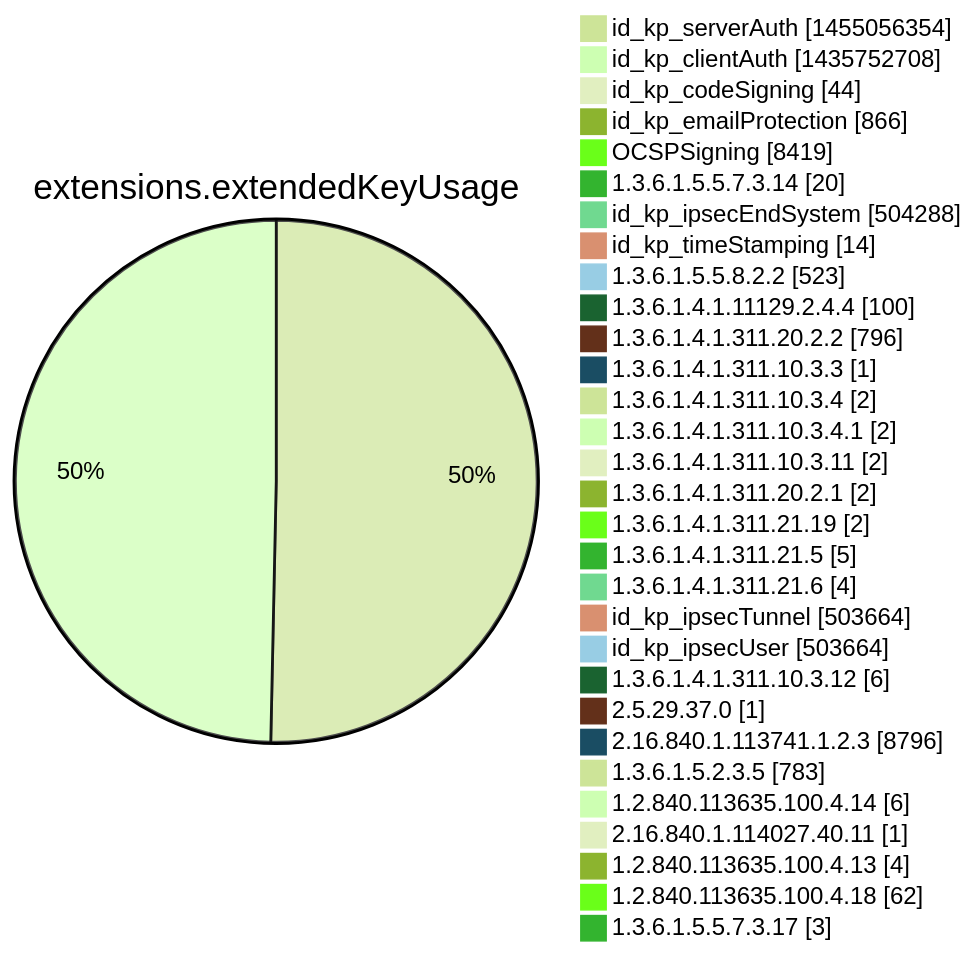
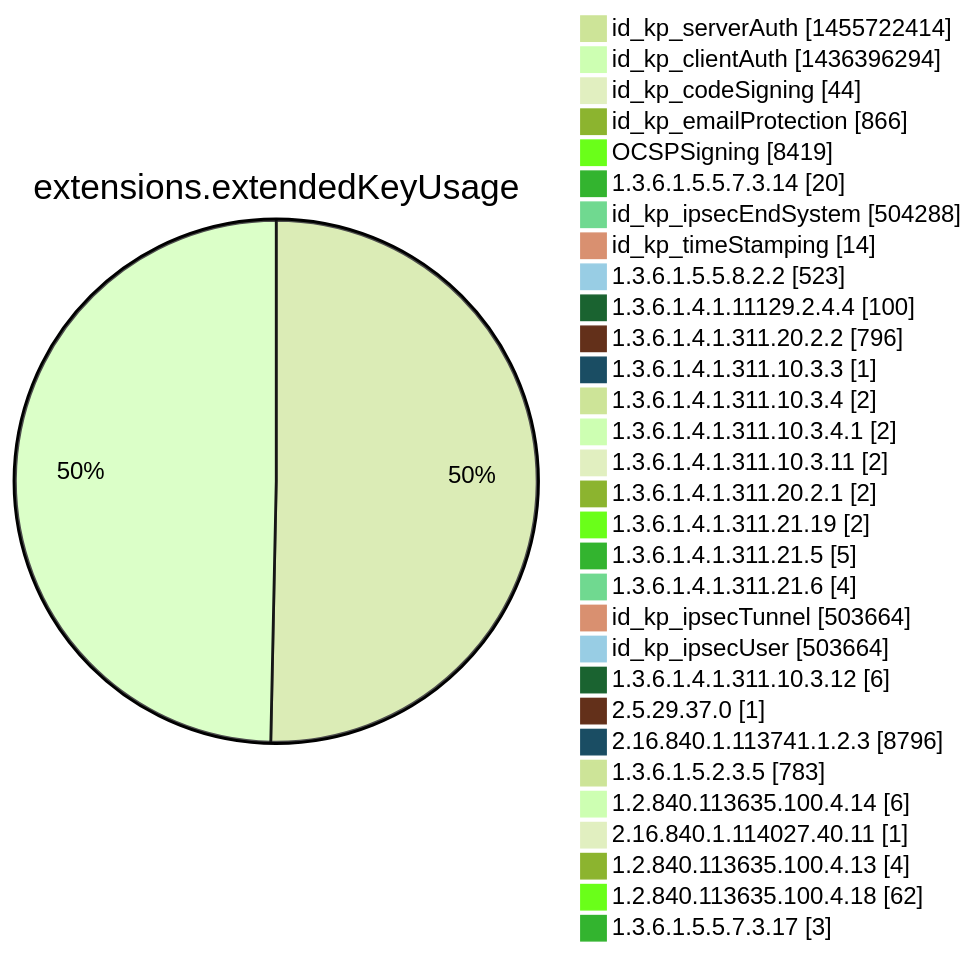
Before and after one commit to christiankrug/ctmonitor_visualization: diagram 12 of 15 in argon2022/README.md, drawn with Mermaid (forest theme). The commit also changed other lines of this file, not shown here.

````diff
--- a/argon2022/README.md
+++ b/argon2022/README.md
@@ -3555,34 +3555,34 @@
 ```mermaid
 pie showData
 title extensions.extendedKeyUsage
-"id_kp_serverAuth" :1455056354
-"id_kp_clientAuth" :1435752708
+"id_kp_serverAuth" :1455722414
+"id_kp_clientAuth" :1436396294
 "id_kp_codeSigning" :44
 "id_kp_emailProtection" :866
 "OCSPSigning" :8419
 "1.3.6.1.5.5.7.3.14" :20
 "id_kp_ipsecEndSystem" :504288
 "id_kp_timeStamping" :14
 "1.3.6.1.5.5.8.2.2" :523
 "1.3.6.1.4.1.11129.2.4.4" :100
 "1.3.6.1.4.1.311.20.2.2" :796
 "1.3.6.1.4.1.311.10.3.3" :1
 "1.3.6.1.4.1.311.10.3.4" :2
 "1.3.6.1.4.1.311.10.3.4.1" :2
 "1.3.6.1.4.1.311.10.3.11" :2
 "1.3.6.1.4.1.311.20.2.1" :2
 "1.3.6.1.4.1.311.21.19" :2
 "1.3.6.1.4.1.311.21.5" :5
 "1.3.6.1.4.1.311.21.6" :4
 "id_kp_ipsecTunnel" :503664
 "id_kp_ipsecUser" :503664
 "1.3.6.1.4.1.311.10.3.12" :6
 "2.5.29.37.0" :1
 "2.16.840.1.113741.1.2.3" :8796
 "1.3.6.1.5.2.3.5" :783
 "1.2.840.113635.100.4.14" :6
 "2.16.840.1.114027.40.11" :1
 "1.2.840.113635.100.4.13" :4
 "1.2.840.113635.100.4.18" :62
 "1.3.6.1.5.5.7.3.17" :3
 ```
````
